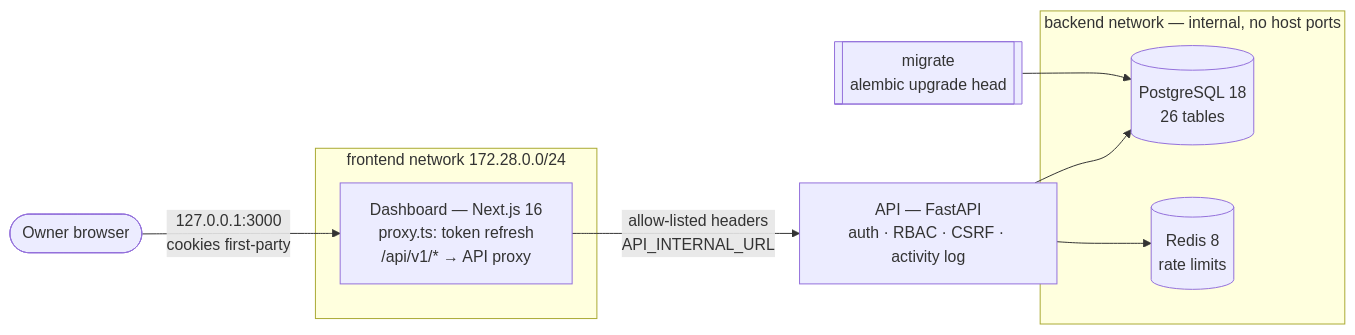
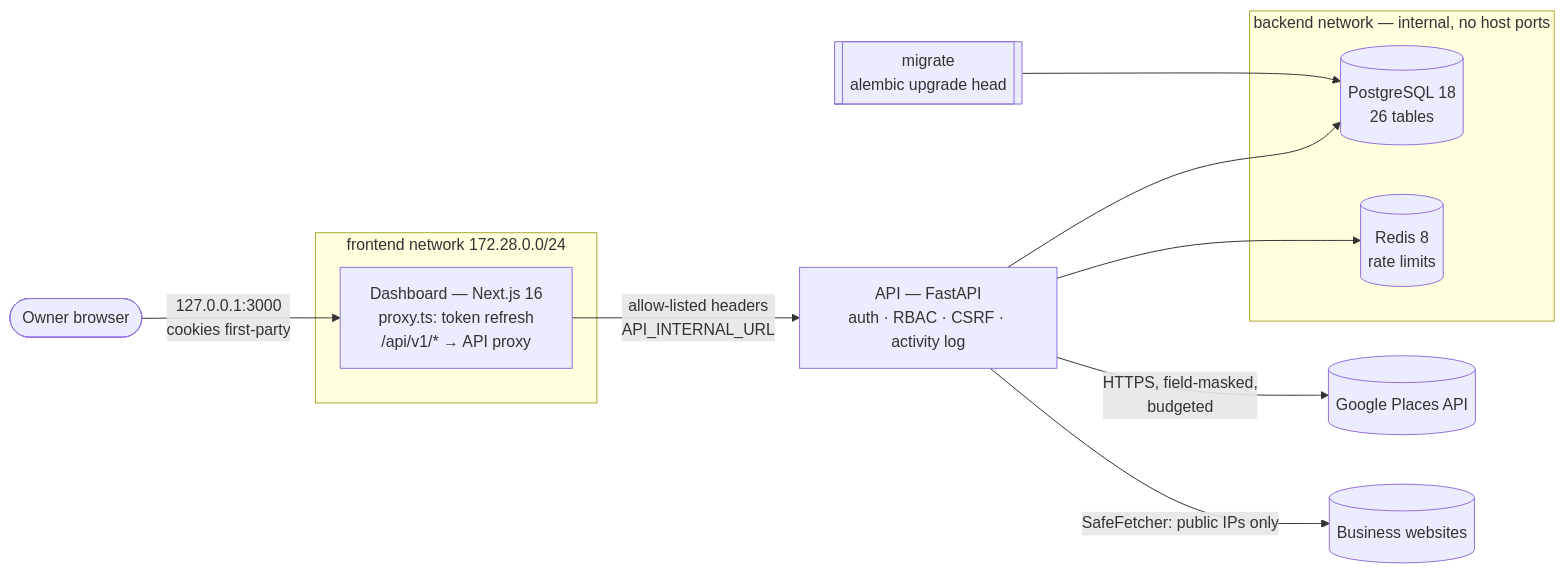
Before and after one commit to 10-aqib/Auto-Master-: the diagram in docs/architecture/overview.md, drawn with Mermaid. The commit also changed other lines of this file and 67 other files, not shown here.

````diff
--- a/docs/architecture/overview.md
+++ b/docs/architecture/overview.md
@@ -9,15 +9,17 @@
 ```mermaid
 flowchart LR
   owner([Owner browser]) -->|127.0.0.1:3000<br/>cookies first-party| dash
   subgraph frontend [frontend network 172.28.0.0/24]
     dash[Dashboard — Next.js 16<br/>proxy.ts: token refresh<br/>/api/v1/* → API proxy]
   end
   dash -->|allow-listed headers<br/>API_INTERNAL_URL| api[API — FastAPI<br/>auth · RBAC · CSRF · activity log]
   migrate[[migrate<br/>alembic upgrade head]] --> pg
   subgraph backend [backend network — internal, no host ports]
     pg[(PostgreSQL 18<br/>26 tables)]
     rd[(Redis 8<br/>rate limits)]
   end
   api --> pg
   api --> rd
+  api -->|HTTPS, field-masked,<br/>budgeted| gp[(Google Places API)]
+  api -->|SafeFetcher: public IPs only| web[(Business websites)]
 ```
````
